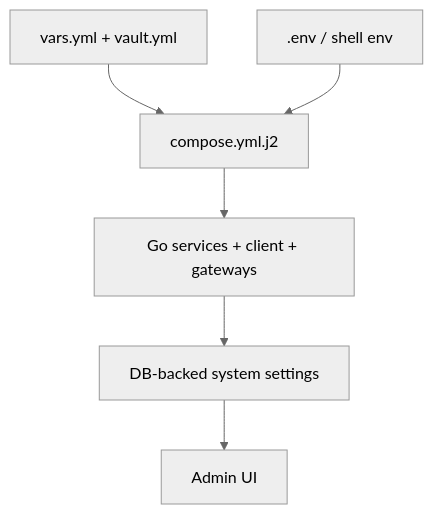
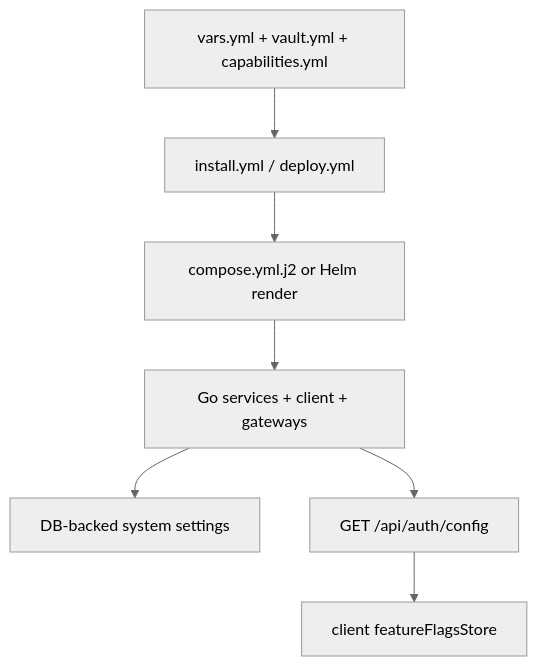
One commit to dnviti/remote-desktop-manager changed the diagram in docs/configuration.md. Above: the diagram before and after it, drawn with Mermaid (neutral theme). The commit also changed other lines of this file and 80 other files, not shown here.

Commit message:
Add installer-managed deployment flow and runtime feature manifest

````diff
--- a/docs/configuration.md
+++ b/docs/configuration.md
@@ -23,8 +31,9 @@
 ```mermaid
 flowchart TD
-    Vars["vars.yml + vault.yml"] --> Compose["compose.yml.j2"]
-    Env[".env / shell env"] --> Compose
+    Vars["vars.yml + vault.yml + capabilities.yml"] --> Installer["install.yml / deploy.yml"]
+    Installer --> Compose["compose.yml.j2 or Helm render"]
     Compose --> Services["Go services + client + gateways"]
     Services --> DBSettings["DB-backed system settings"]
-    DBSettings --> UI["Admin UI"]
+    Services --> PublicConfig["GET /api/auth/config"]
+    PublicConfig --> UI["client featureFlagsStore"]
 ```
````
